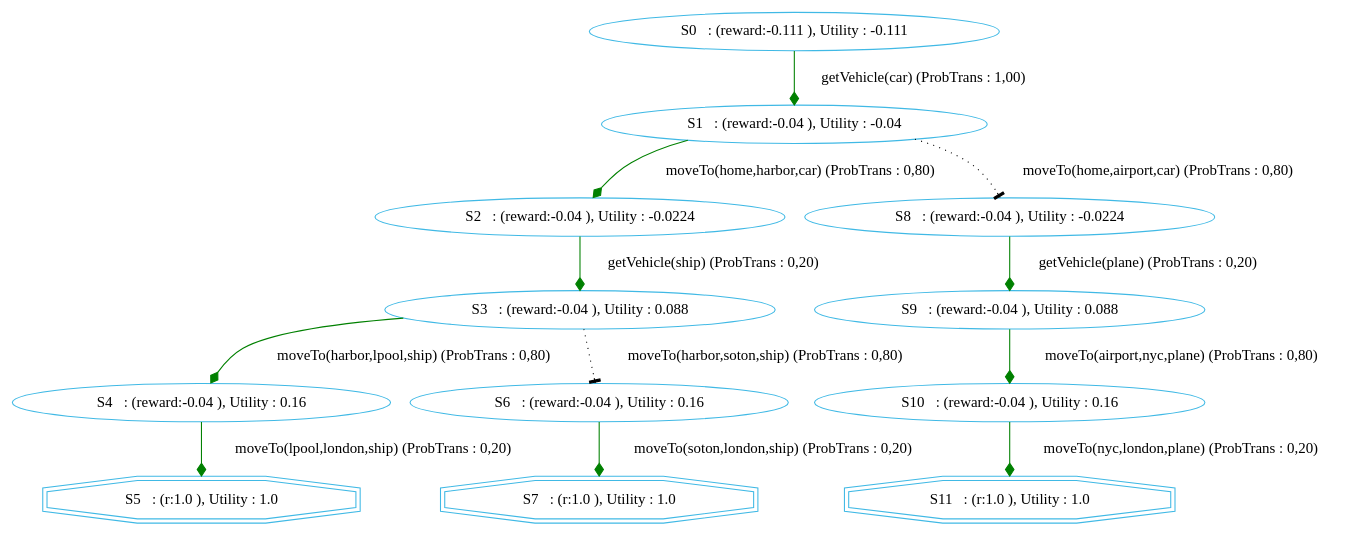
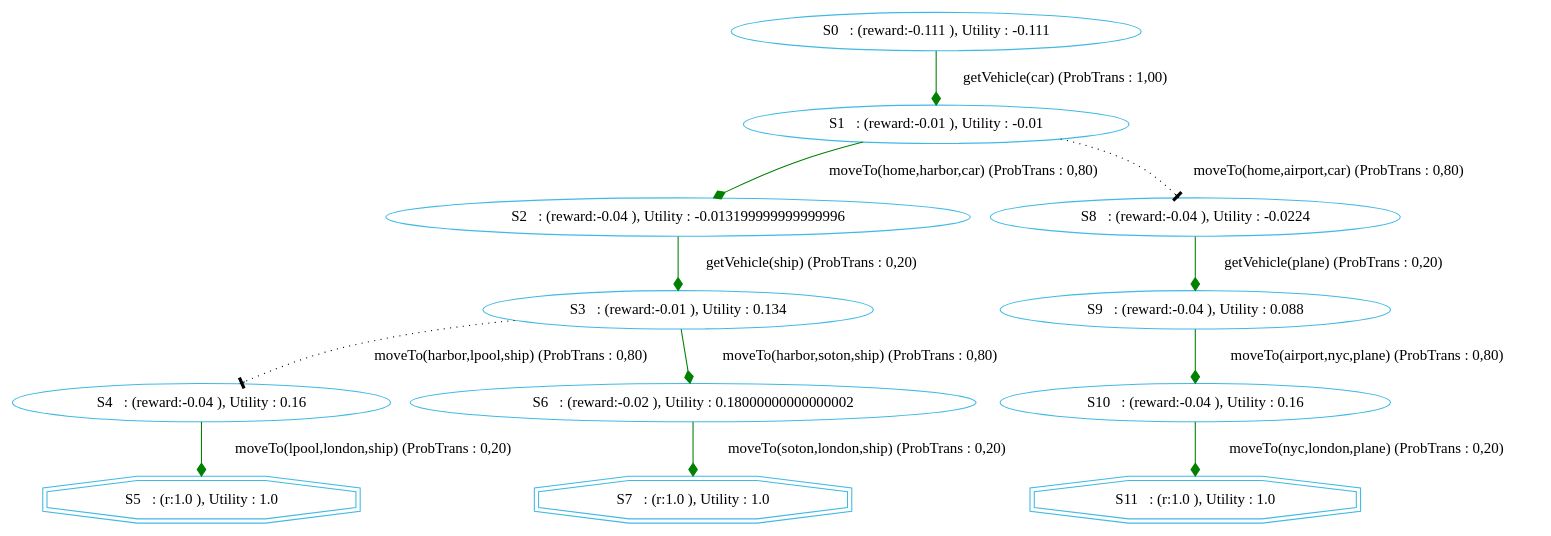
The diagram in chimp/src/main/java/examples/MDP/gotolondon/gotolondonGraphVICHIMP.dot (htiraHatem/CHIMP_MDP), drawn with Graphviz before and after one commit. The commit also changed 5 other files, not shown here.

```diff
--- a/chimp/src/main/java/examples/MDP/gotolondon/gotolondonGraphVICHIMP.dot
+++ b/chimp/src/main/java/examples/MDP/gotolondon/gotolondonGraphVICHIMP.dot
@@ -1,27 +1,27 @@
 digraph {
   node [color="#40b9e5" ]
  size="60,17";
 "5" [label=" S5   : (r:1.0 ), Utility : 1.0 " shape=doubleoctagon];
 "7" [label=" S7   : (r:1.0 ), Utility : 1.0 " shape=doubleoctagon];
 "11" [label=" S11   : (r:1.0 ), Utility : 1.0 " shape=doubleoctagon];
 "0" [label=" S0   : (reward:-0.111 ), Utility : -0.111 "];
-"1" [label=" S1   : (reward:-0.04 ), Utility : -0.04 "];
-"2" [label=" S2   : (reward:-0.04 ), Utility : -0.0224 "];
-"3" [label=" S3   : (reward:-0.04 ), Utility : 0.088 "];
+"1" [label=" S1   : (reward:-0.01 ), Utility : -0.01 "];
+"2" [label=" S2   : (reward:-0.04 ), Utility : -0.013199999999999996 "];
+"3" [label=" S3   : (reward:-0.01 ), Utility : 0.134 "];
 "4" [label=" S4   : (reward:-0.04 ), Utility : 0.16 "];
-"6" [label=" S6   : (reward:-0.04 ), Utility : 0.16 "];
+"6" [label=" S6   : (reward:-0.02 ), Utility : 0.18000000000000002 "];
 "8" [label=" S8   : (reward:-0.04 ), Utility : -0.0224 "];
 "9" [label=" S9   : (reward:-0.04 ), Utility : 0.088 "];
 "10" [label=" S10   : (reward:-0.04 ), Utility : 0.16 "];
 "0" -> "1" [ label="getVehicle(car) (ProbTrans : 1,00)"
 , arrowhead = diamond , color=green];"1" -> "2" [ label="moveTo(home,harbor,car) (ProbTrans : 0,80)"
 , arrowhead = diamond , color=green];"1" -> "8" [ label="moveTo(home,airport,car) (ProbTrans : 0,80)"
 ,style=dotted, arrowhead=tee];"2" -> "3" [ label="getVehicle(ship) (ProbTrans : 0,20)"
 , arrowhead = diamond , color=green];"3" -> "4" [ label="moveTo(harbor,lpool,ship) (ProbTrans : 0,80)"
-, arrowhead = diamond , color=green];"3" -> "6" [ label="moveTo(harbor,soton,ship) (ProbTrans : 0,80)"
-,style=dotted, arrowhead=tee];"4" -> "5" [ label="moveTo(lpool,london,ship) (ProbTrans : 0,20)"
+,style=dotted, arrowhead=tee];"3" -> "6" [ label="moveTo(harbor,soton,ship) (ProbTrans : 0,80)"
+, arrowhead = diamond , color=green];"4" -> "5" [ label="moveTo(lpool,london,ship) (ProbTrans : 0,20)"
 , arrowhead = diamond , color=green];"6" -> "7" [ label="moveTo(soton,london,ship) (ProbTrans : 0,20)"
 , arrowhead = diamond , color=green];"8" -> "9" [ label="getVehicle(plane) (ProbTrans : 0,20)"
 , arrowhead = diamond , color=green];"9" -> "10" [ label="moveTo(airport,nyc,plane) (ProbTrans : 0,80)"
 , arrowhead = diamond , color=green];"10" -> "11" [ label="moveTo(nyc,london,plane) (ProbTrans : 0,20)"
 , arrowhead = diamond , color=green];}
```
